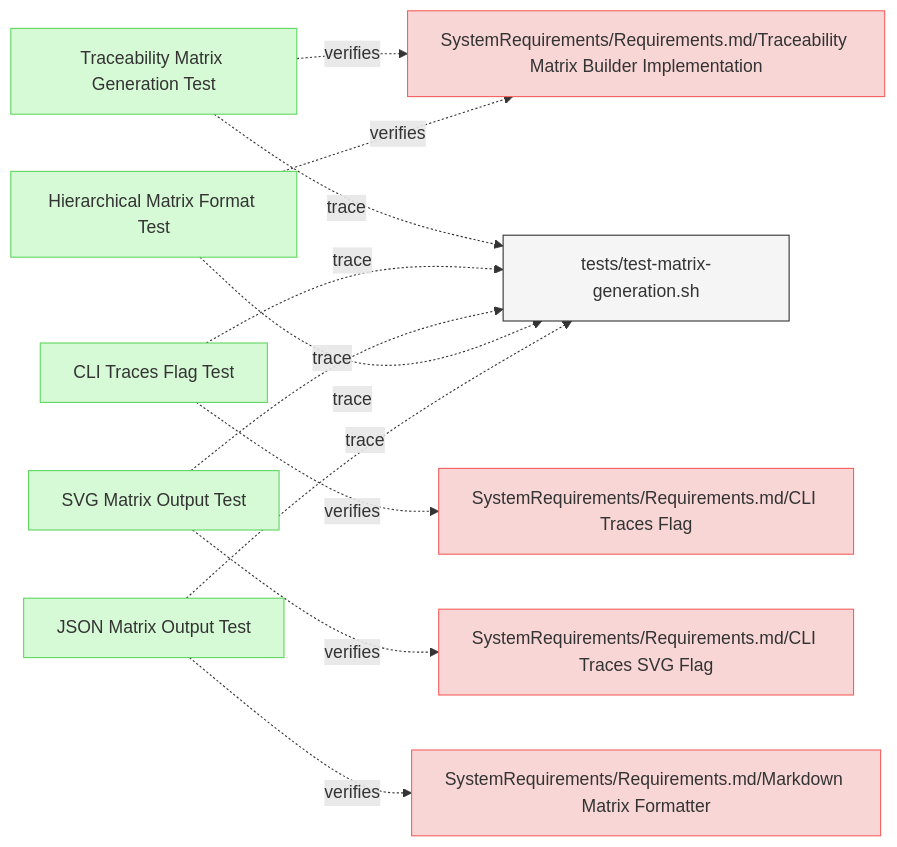
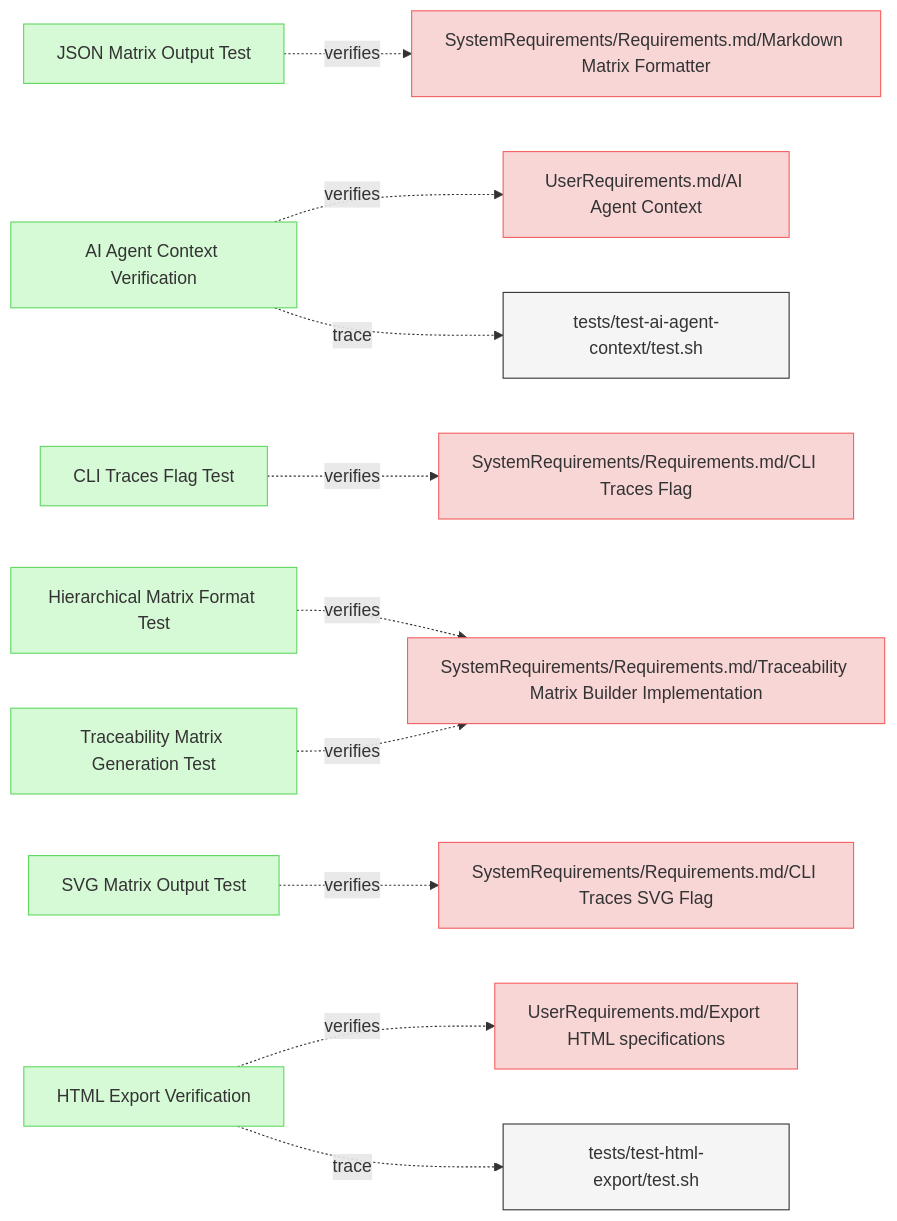
One commit to reqvire-org/reqvire changed the second of 2 diagrams in specifications/Verifications/MiscVerifications.md. Above: the diagram before and after it, drawn with Mermaid. The commit also changed other lines of this file and 17 other files, not shown here.

First line of the commit message:
Enhance diagram links with stable git repository URLs

````diff
--- a/specifications/Verifications/MiscVerifications.md
+++ b/specifications/Verifications/MiscVerifications.md
@@ -39,54 +41,63 @@
 ```mermaid
 graph LR;
   %% Graph styling
   classDef requirement fill:#f9d6d6,stroke:#f55f5f,stroke-width:1px;
   classDef verification fill:#d6f9d6,stroke:#5fd75f,stroke-width:1px;
   classDef externalLink fill:#d0e0ff,stroke:#3080ff,stroke-width:1px;
   classDef default fill:#f5f5f5,stroke:#333333,stroke-width:1px;
 
-  4a53bcc2a6e80f46["Traceability Matrix Generation Test"];
-  click 4a53bcc2a6e80f46 "MiscVerifications.md#traceability-matrix-generation-test";
-  class 4a53bcc2a6e80f46 verification;
+  34594bb38e38ff3e["JSON Matrix Output Test"];
+  click 34594bb38e38ff3e "https://github.com/ilijaljubicic/ReqFlow/blob/a94231473c9a4a56fe21608ebd13787e0cc3f2dc/specifications/Verifications/MiscVerifications.md#json-matrix-output-test";
+  class 34594bb38e38ff3e verification;
+  d7e5fbf806d650d9["SystemRequirements/Requirements.md/Markdown Matrix Formatter"];
+  class d7e5fbf806d650d9 requirement;
+  click d7e5fbf806d650d9 "https://github.com/ilijaljubicic/ReqFlow/blob/a94231473c9a4a56fe21608ebd13787e0cc3f2dc/specifications/SystemRequirements/Requirements.md#markdown-matrix-formatter";
+  34594bb38e38ff3e -.->|verifies| d7e5fbf806d650d9;
+  6bd2df9ca8d5cccd["AI Agent Context Verification"];
+  click 6bd2df9ca8d5cccd "https://github.com/ilijaljubicic/ReqFlow/blob/a94231473c9a4a56fe21608ebd13787e0cc3f2dc/specifications/Verifications/MiscVerifications.md#ai-agent-context-verification";
+  class 6bd2df9ca8d5cccd verification;
+  5a6fc253c51845b6["UserRequirements.md/AI Agent Context"];
+  class 5a6fc253c51845b6 requirement;
+  click 5a6fc253c51845b6 "https://github.com/ilijaljubicic/ReqFlow/blob/a94231473c9a4a56fe21608ebd13787e0cc3f2dc/specifications/UserRequirements.md#ai-agent-context";
+  6bd2df9ca8d5cccd -.->|verifies| 5a6fc253c51845b6;
+  24a5739f743c3d7b["tests/test-ai-agent-context/test.sh"];
+  class 24a5739f743c3d7b default;
+  click 24a5739f743c3d7b "https://github.com/ilijaljubicic/ReqFlow/blob/a94231473c9a4a56fe21608ebd13787e0cc3f2dc/tests/test-ai-agent-context/test.sh";
+  6bd2df9ca8d5cccd -.->|trace| 24a5739f743c3d7b;
+  cb7941d54639d5bf["CLI Traces Flag Test"];
+  click cb7941d54639d5bf "https://github.com/ilijaljubicic/ReqFlow/blob/a94231473c9a4a56fe21608ebd13787e0cc3f2dc/specifications/Verifications/MiscVerifications.md#cli-traces-flag-test";
+  class cb7941d54639d5bf verification;
+  438a74e06c98c101["SystemRequirements/Requirements.md/CLI Traces Flag"];
+  class 438a74e06c98c101 requirement;
+  click 438a74e06c98c101 "https://github.com/ilijaljubicic/ReqFlow/blob/a94231473c9a4a56fe21608ebd13787e0cc3f2dc/specifications/SystemRequirements/Requirements.md#cli-traces-flag";
+  cb7941d54639d5bf -.->|verifies| 438a74e06c98c101;
+  3c88c6ea8acd69bb["Hierarchical Matrix Format Test"];
+  click 3c88c6ea8acd69bb "https://github.com/ilijaljubicic/ReqFlow/blob/a94231473c9a4a56fe21608ebd13787e0cc3f2dc/specifications/Verifications/MiscVerifications.md#hierarchical-matrix-format-test";
+  class 3c88c6ea8acd69bb verification;
   5eca866a0338e0fe["SystemRequirements/Requirements.md/Traceability Matrix Builder Implementation"];
   class 5eca866a0338e0fe requirement;
-  click 5eca866a0338e0fe "../SystemRequirements/Requirements.md#traceability-matrix-builder-implementation";
-  4a53bcc2a6e80f46 -.->|verifies| 5eca866a0338e0fe;
-  
-  a4f6bb87d4f9c782["CLI Traces Flag Test"];
-  click a4f6bb87d4f9c782 "MiscVerifications.md#cli-traces-flag-test";
-  class a4f6bb87d4f9c782 verification;
-  ff654d9a7a5b21e3["SystemRequirements/Requirements.md/CLI Traces Flag"];
-  class ff654d9a7a5b21e3 requirement;
-  click ff654d9a7a5b21e3 "../SystemRequirements/Requirements.md#cli-traces-flag";
-  a4f6bb87d4f9c782 -.->|verifies| ff654d9a7a5b21e3;
-  
-  e23c7bb59348d17c["SVG Matrix Output Test"];
-  click e23c7bb59348d17c "MiscVerifications.md#svg-matrix-output-test";
-  class e23c7bb59348d17c verification;
-  c78fe2cb8a93d4e5["SystemRequirements/Requirements.md/CLI Traces SVG Flag"];
-  class c78fe2cb8a93d4e5 requirement;
-  click c78fe2cb8a93d4e5 "../SystemRequirements/Requirements.md#cli-traces-svg-flag";
-  e23c7bb59348d17c -.->|verifies| c78fe2cb8a93d4e5;
-  
-  f76c8a9bcd34e215["Hierarchical Matrix Format Test"];
-  click f76c8a9bcd34e215 "MiscVerifications.md#hierarchical-matrix-format-test";
-  class f76c8a9bcd34e215 verification;
-  f76c8a9bcd34e215 -.->|verifies| 5eca866a0338e0fe;
-  
-  c89f5db6a1e7423f["JSON Matrix Output Test"];
-  click c89f5db6a1e7423f "MiscVerifications.md#json-matrix-output-test";
-  class c89f5db6a1e7423f verification;
-  d7e5fbf806d650d9["SystemRequirements/Requirements.md/Markdown Matrix Formatter"];
-  class d7e5fbf806d650d9 requirement;
-  click d7e5fbf806d650d9 "../SystemRequirements/Requirements.md#markdown-matrix-formatter";
-  c89f5db6a1e7423f -.->|verifies| d7e5fbf806d650d9;
-  
-  835f2db97c4e3a26["tests/test-matrix-generation.sh"];
-  class 835f2db97c4e3a26 default;
-  click 835f2db97c4e3a26 "../../tests/test-matrix-generation.sh";
-  4a53bcc2a6e80f46 -.->|trace| 835f2db97c4e3a26;
-  a4f6bb87d4f9c782 -.->|trace| 835f2db97c4e3a26;
-  e23c7bb59348d17c -.->|trace| 835f2db97c4e3a26;
-  f76c8a9bcd34e215 -.->|trace| 835f2db97c4e3a26;
-  c89f5db6a1e7423f -.->|trace| 835f2db97c4e3a26;
+  click 5eca866a0338e0fe "https://github.com/ilijaljubicic/ReqFlow/blob/a94231473c9a4a56fe21608ebd13787e0cc3f2dc/specifications/SystemRequirements/Requirements.md#traceability-matrix-builder-implementation";
+  3c88c6ea8acd69bb -.->|verifies| 5eca866a0338e0fe;
+  9ec6cda059c96c36["Traceability Matrix Generation Test"];
+  click 9ec6cda059c96c36 "https://github.com/ilijaljubicic/ReqFlow/blob/a94231473c9a4a56fe21608ebd13787e0cc3f2dc/specifications/Verifications/MiscVerifications.md#traceability-matrix-generation-test";
+  class 9ec6cda059c96c36 verification;
+  9ec6cda059c96c36 -.->|verifies| 5eca866a0338e0fe;
+  3f9051bf25520f68["SVG Matrix Output Test"];
+  click 3f9051bf25520f68 "https://github.com/ilijaljubicic/ReqFlow/blob/a94231473c9a4a56fe21608ebd13787e0cc3f2dc/specifications/Verifications/MiscVerifications.md#svg-matrix-output-test";
+  class 3f9051bf25520f68 verification;
+  1ffba11189b9b4c8["SystemRequirements/Requirements.md/CLI Traces SVG Flag"];
+  class 1ffba11189b9b4c8 requirement;
+  click 1ffba11189b9b4c8 "https://github.com/ilijaljubicic/ReqFlow/blob/a94231473c9a4a56fe21608ebd13787e0cc3f2dc/specifications/SystemRequirements/Requirements.md#cli-traces-svg-flag";
+  3f9051bf25520f68 -.->|verifies| 1ffba11189b9b4c8;
+  b05794ec6e9b813a["HTML Export Verification"];
+  click b05794ec6e9b813a "https://github.com/ilijaljubicic/ReqFlow/blob/a94231473c9a4a56fe21608ebd13787e0cc3f2dc/specifications/Verifications/MiscVerifications.md#html-export-verification";
+  class b05794ec6e9b813a verification;
+  72c7eda6183f0893["UserRequirements.md/Export HTML specifications"];
+  class 72c7eda6183f0893 requirement;
+  click 72c7eda6183f0893 "https://github.com/ilijaljubicic/ReqFlow/blob/a94231473c9a4a56fe21608ebd13787e0cc3f2dc/specifications/UserRequirements.md#export-html-specifications";
+  b05794ec6e9b813a -.->|verifies| 72c7eda6183f0893;
+  7766b8055bc4c657["tests/test-html-export/test.sh"];
+  class 7766b8055bc4c657 default;
+  click 7766b8055bc4c657 "https://github.com/ilijaljubicic/ReqFlow/blob/a94231473c9a4a56fe21608ebd13787e0cc3f2dc/tests/test-html-export/test.sh";
+  b05794ec6e9b813a -.->|trace| 7766b8055bc4c657;
 ```
````
